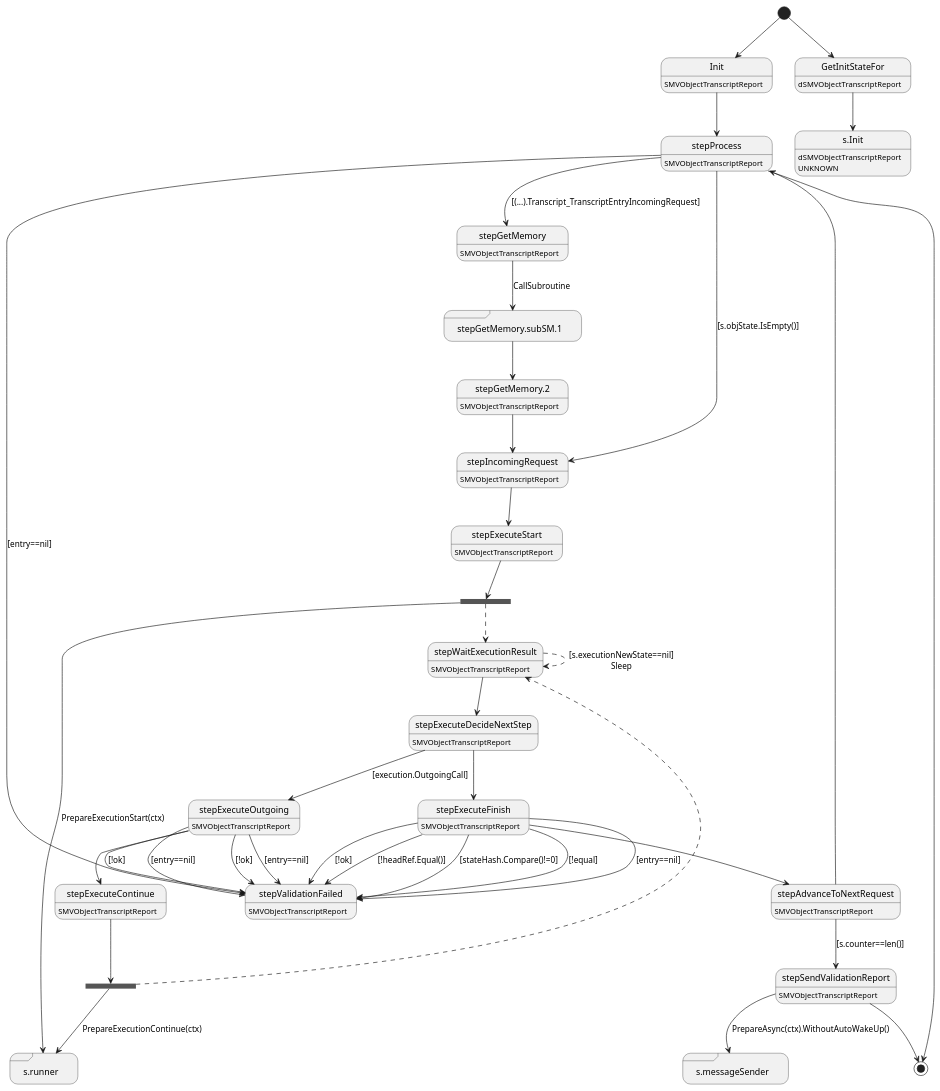
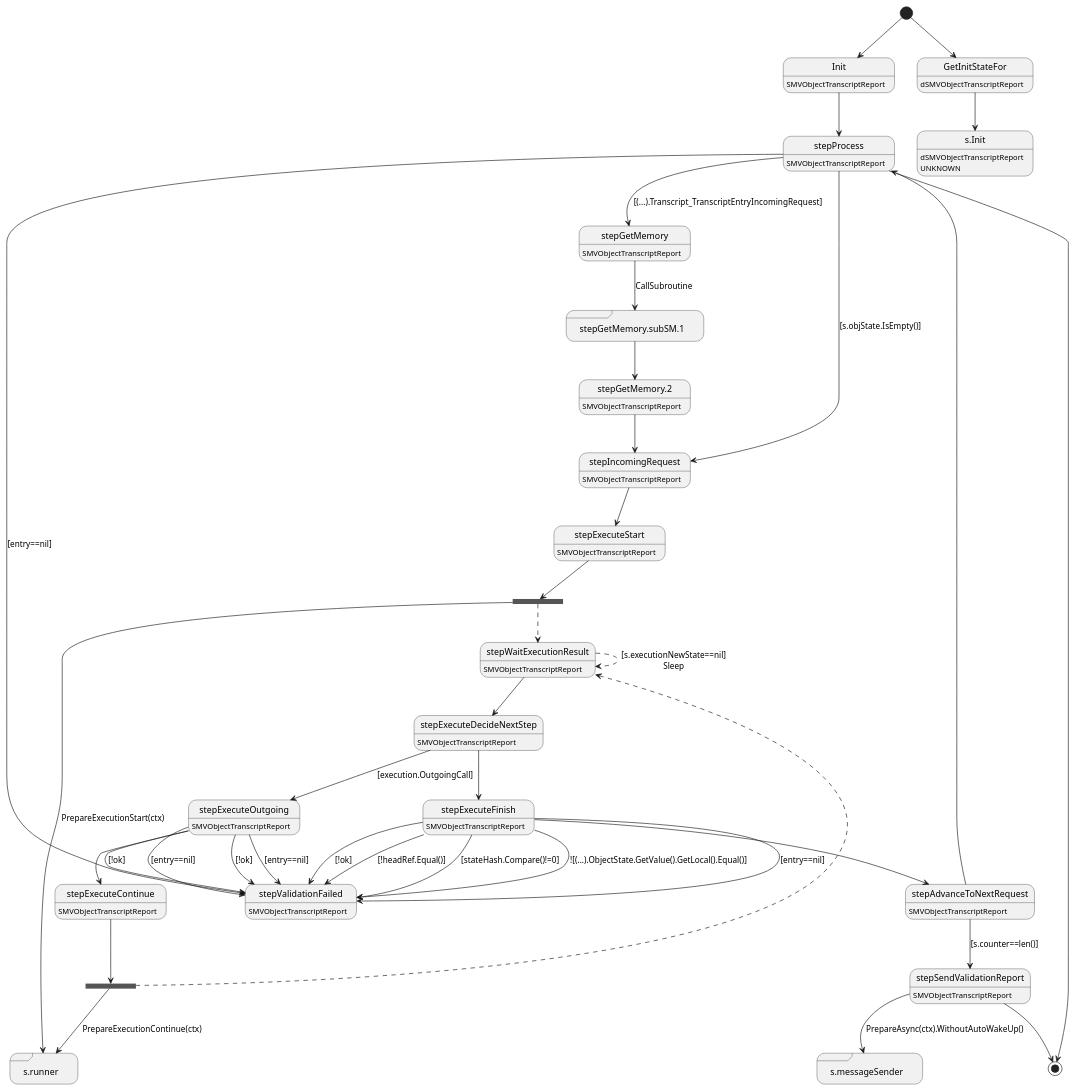
One commit to insolar/assured-ledger changed the diagram in ledger-core/virtual/handlers/vobjecttranscriptreport.plantuml. Above: the diagram before and after it, drawn with PlantUML. The commit also changed 10 other files, not shown here.

```diff
--- a/ledger-core/virtual/handlers/vobjecttranscriptreport.plantuml
+++ b/ledger-core/virtual/handlers/vobjecttranscriptreport.plantuml
@@ -1,78 +1,78 @@
 @startuml
 state "Init" as T01_S001
 T01_S001 : SMVObjectTranscriptReport
 [*] --> T01_S001
 T01_S001 --> T01_S002
 state "s.messageSender" as T01_S017 <<sdlreceive>>
 state "s.runner" as T01_S008 <<sdlreceive>>
 T01_S008 : DUPLICATE
 state "stepAdvanceToNextRequest" as T01_S015
 T01_S015 : SMVObjectTranscriptReport
 T01_S015 --> T01_S016 : [s.counter==len()]
 T01_S015 --> T01_S002
 state "stepExecuteContinue" as T01_S012
 T01_S012 : SMVObjectTranscriptReport
 state T01_U001 <<fork>>
 T01_S012 --> T01_U001
 T01_U001 --> T01_S008 : PrepareExecutionContinue(ctx)
 T01_U001 --[dashed]> T01_S009
 state "stepExecuteDecideNextStep" as T01_S010
 T01_S010 : SMVObjectTranscriptReport
 T01_S010 --> T01_S011 : [execution.OutgoingCall]
 T01_S010 --> T01_S013
 state "stepExecuteFinish" as T01_S013
 T01_S013 : SMVObjectTranscriptReport
 T01_S013 --> T01_S014 : [entry==nil]
 T01_S013 --> T01_S014 : [!ok]
 T01_S013 --> T01_S014 : [!headRef.Equal()]
 T01_S013 --> T01_S014 : [stateHash.Compare()!=0]
-T01_S013 --> T01_S014 : [!equal]
+T01_S013 --> T01_S014 : ![(...).ObjectState.GetValue().GetLocal().Equal()]
 T01_S013 --> T01_S015
 state "stepExecuteOutgoing" as T01_S011
 T01_S011 : SMVObjectTranscriptReport
 T01_S011 --> T01_S014 : [entry==nil]
 T01_S011 --> T01_S014 : [!ok]
 T01_S011 --> T01_S014 : [entry==nil]
 T01_S011 --> T01_S014 : [!ok]
 T01_S011 --> T01_S012
 state "stepExecuteStart" as T01_S007
 T01_S007 : SMVObjectTranscriptReport
 state T01_U002 <<fork>>
 T01_S007 --> T01_U002
 T01_U002 --> T01_S008 : PrepareExecutionStart(ctx)
 T01_U002 --[dashed]> T01_S009
 state "stepGetMemory" as T01_S003
 T01_S003 : SMVObjectTranscriptReport
 T01_S003 --> T01_S004 : CallSubroutine
 state "stepGetMemory.2" as T01_S005
 T01_S005 : SMVObjectTranscriptReport
 T01_S005 --> T01_S006
 state "stepGetMemory.subSM.1" as T01_S004 <<sdlreceive>>
 T01_S004 --> T01_S005
 state "stepIncomingRequest" as T01_S006
 T01_S006 : SMVObjectTranscriptReport
 T01_S006 --> T01_S007
 state "stepProcess" as T01_S002
 T01_S002 : SMVObjectTranscriptReport
 T01_S002 --> T01_S014 : [entry==nil]
 T01_S002 --> T01_S006 : [s.objState.IsEmpty()]
 T01_S002 --> T01_S003 : [(...).Transcript_TranscriptEntryIncomingRequest]
 T01_S002 --> [*]
 state "stepSendValidationReport" as T01_S016
 T01_S016 : SMVObjectTranscriptReport
 T01_S016 --> T01_S017 : PrepareAsync(ctx).WithoutAutoWakeUp()
 T01_S016 --> [*]
 state "stepValidationFailed" as T01_S014
 T01_S014 : SMVObjectTranscriptReport
 state "stepWaitExecutionResult" as T01_S009
 T01_S009 : SMVObjectTranscriptReport
 T01_S009 --[dashed]> T01_S009 : [s.executionNewState==nil]\nSleep
 T01_S009 --> T01_S010
 state "GetInitStateFor" as T00_S001
 T00_S001 : dSMVObjectTranscriptReport
 [*] --> T00_S001
 state "s.Init" as T00_U003
 T00_U003 : dSMVObjectTranscriptReport
 T00_U003 : UNKNOWN 
 T00_S001 --> T00_U003
 @enduml
```
